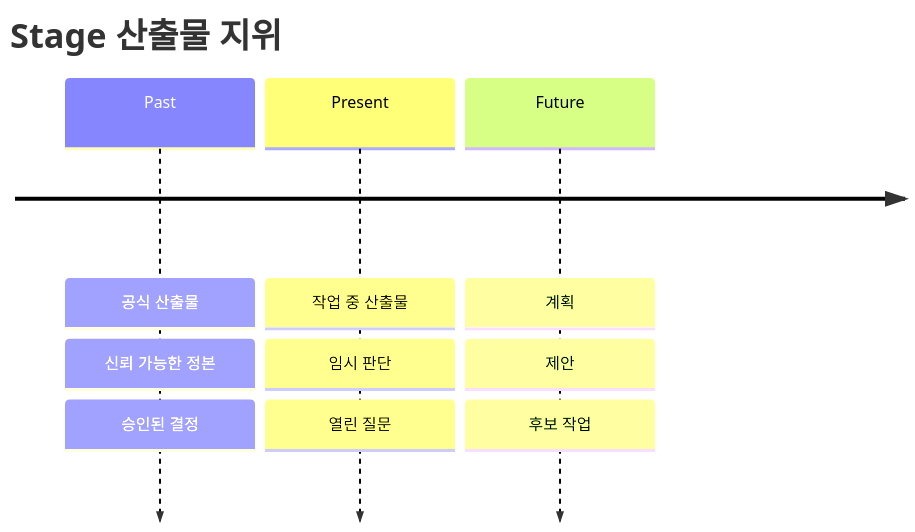
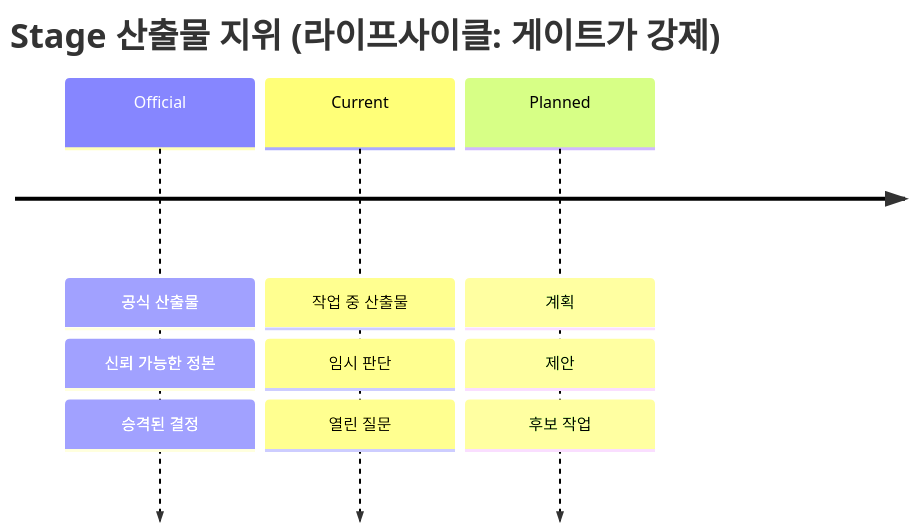
One commit to noory-code/noory-ai changed the second of 16 diagrams in stage/docs/BLUEPRINT.md. Above: the diagram before and after it, drawn with Mermaid. The commit also changed other lines of this file and 12 other files, not shown here.

First line of the commit message:
docs(stage): rewrite concept-layer docs to schema v4 vocabulary (C9, W-00000039)

````diff
--- a/stage/docs/BLUEPRINT.md
+++ b/stage/docs/BLUEPRINT.md
@@ -43,13 +43,13 @@
 ```mermaid
 timeline
-  title Stage 산출물 지위
-  Past : 공식 산출물
-       : 신뢰 가능한 정본
-       : 승인된 결정
-  Present : 작업 중 산출물
+  title Stage 산출물 지위 (라이프사이클: 게이트가 강제)
+  Official : 공식 산출물
+           : 신뢰 가능한 정본
+           : 승격된 결정
+  Current : 작업 중 산출물
           : 임시 판단
           : 열린 질문
-  Future : 계획
-         : 제안
-         : 후보 작업
+  Planned : 계획
+          : 제안
+          : 후보 작업
 ```
````
